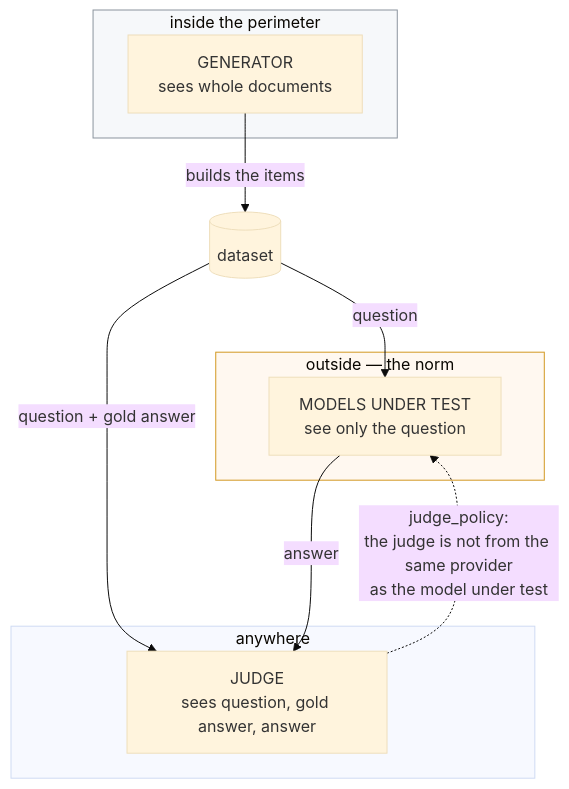
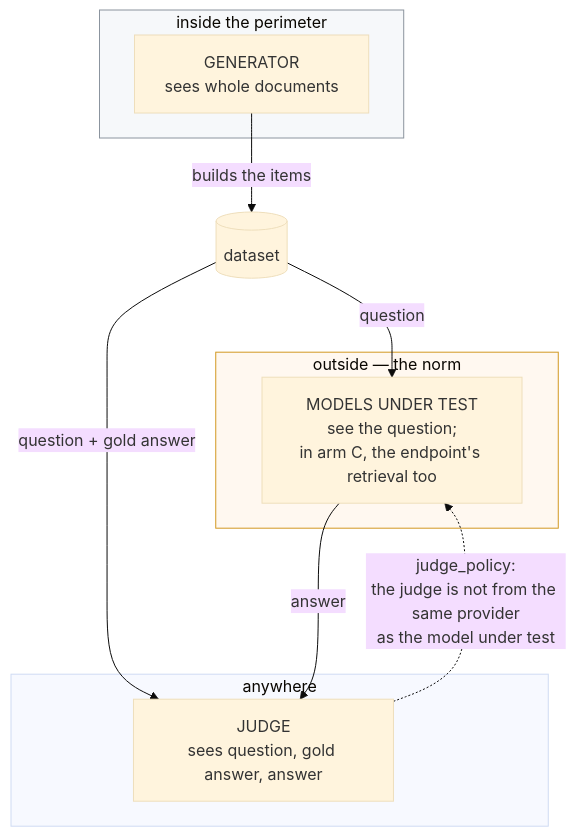
The diagram in packages/benchmark/docs/01-setup.md (OpenMined/syft-space), drawn with Mermaid (base theme) before and after one commit. The commit also changed other lines of this file and 381 other files, not shown here.

````diff
--- a/packages/benchmark/docs/01-setup.md
+++ b/packages/benchmark/docs/01-setup.md
@@ -131,21 +130,21 @@
 ```mermaid
 flowchart TB
     subgraph IN["inside the perimeter"]
         G["GENERATOR<br/>sees whole documents"]
     end
     subgraph OUT["outside — the norm"]
-        S["MODELS UNDER TEST<br/>see only the question"]
+        S["MODELS UNDER TEST<br/>see the question;<br/>in arm C, the endpoint's retrieval too"]
     end
     subgraph ANY["anywhere"]
         J["JUDGE<br/>sees question, gold answer, answer"]
     end
 
     G -- "builds the items" --> DS[("dataset")]
     DS -- "question" --> S
     DS -- "question + gold answer" --> J
     S -- "answer" --> J
     J -.->|"judge_policy:<br/>the judge is not from the same provider<br/>as the model under test"| S
 
     style IN fill:#f6f8fa,stroke:#8b949e
     style OUT fill:#fff8f0,stroke:#d29922
 ```
````
